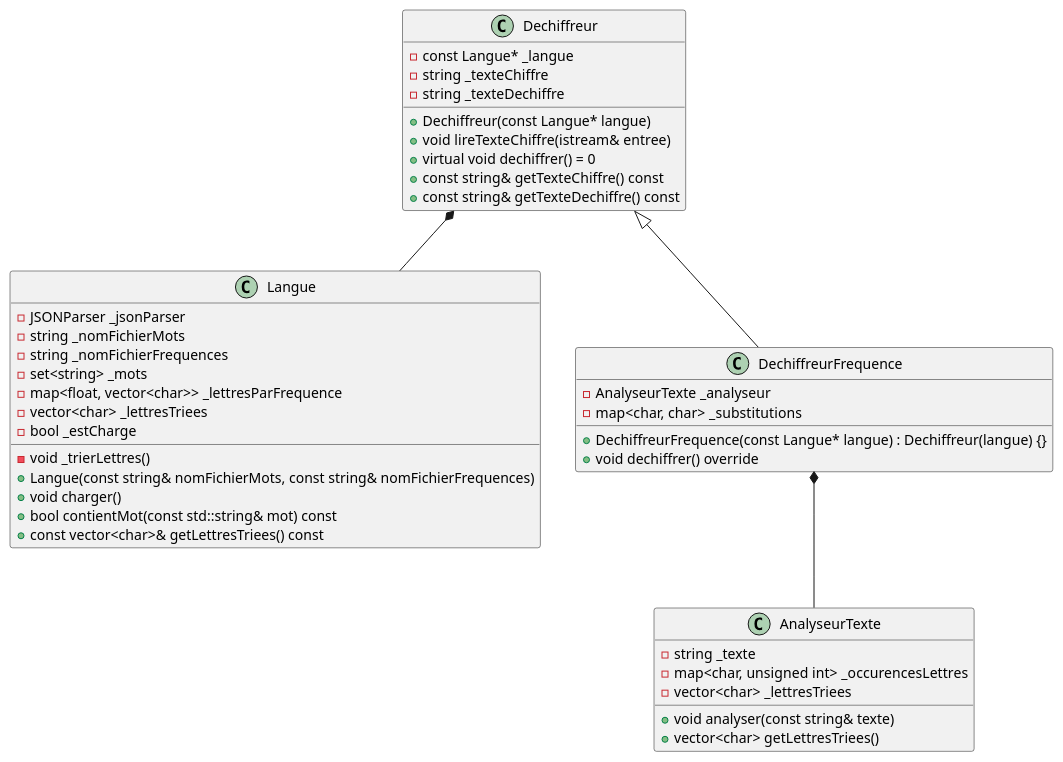
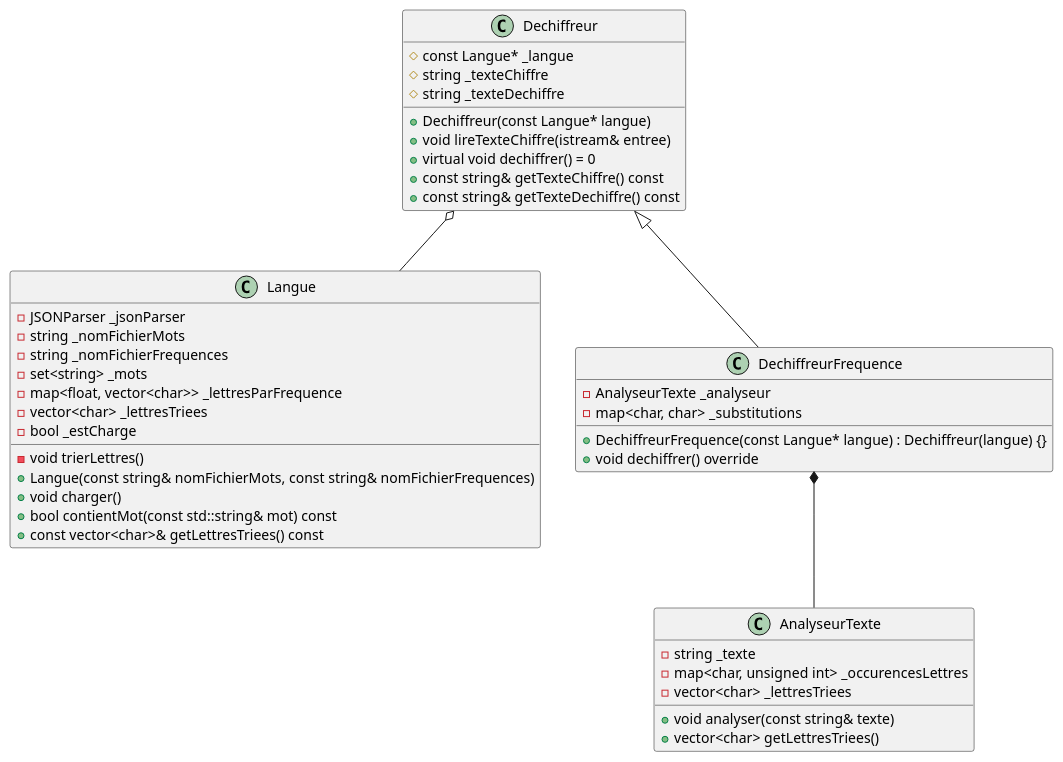
The fourth of 4 diagrams in laboratoires/lab08-set-map/consignes/lab8.md (plbrault/420-SF2-RE), drawn with PlantUML before and after one commit. The commit also changed other lines of this file and 1 other file, not shown here.

````diff
--- a/laboratoires/lab08-set-map/consignes/lab8.md
+++ b/laboratoires/lab08-set-map/consignes/lab8.md
@@ -285,50 +287,50 @@
 ```plantuml
 @startuml
 
 class Langue {
     - JSONParser _jsonParser
     - string _nomFichierMots
     - string _nomFichierFrequences
     - set<string> _mots
     - map<float, vector<char>> _lettresParFrequence
     - vector<char> _lettresTriees
     - bool _estCharge
-    - void _trierLettres()
+    - void trierLettres()
     + Langue(const string& nomFichierMots, const string& nomFichierFrequences)
     + void charger()
     + bool contientMot(const std::string& mot) const
     + const vector<char>& getLettresTriees() const
 }
 
 class Dechiffreur {
-    - const Langue* _langue    
-    - string _texteChiffre
-    - string _texteDechiffre
+    # const Langue* _langue
+    # string _texteChiffre
+    # string _texteDechiffre
     + Dechiffreur(const Langue* langue)
     + void lireTexteChiffre(istream& entree)
     + virtual void dechiffrer() = 0
     + const string& getTexteChiffre() const
     + const string& getTexteDechiffre() const
 }
 
 class DechiffreurFrequence {
     - AnalyseurTexte _analyseur
     - map<char, char> _substitutions
     + DechiffreurFrequence(const Langue* langue) : Dechiffreur(langue) {}
     + void dechiffrer() override
 }
 
 class AnalyseurTexte {
     - string _texte
     - map<char, unsigned int> _occurencesLettres
     - vector<char> _lettresTriees
     + void analyser(const string& texte)
     + vector<char> getLettresTriees()
 }
 
 Dechiffreur <|-- DechiffreurFrequence
-Dechiffreur *-- Langue
+Dechiffreur o-- Langue
 DechiffreurFrequence *-- AnalyseurTexte
 
 @enduml
 ```
````
